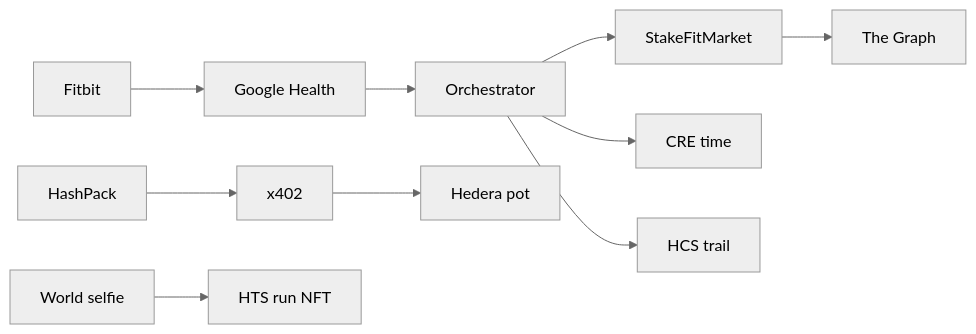
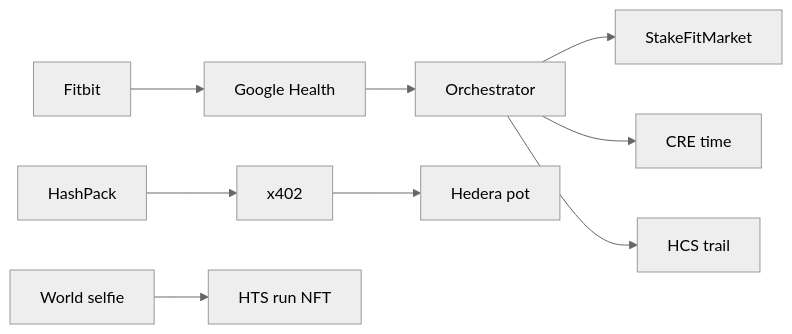
Before and after one commit to dhananjaypai08/StakeFit: the diagram in README.md, drawn with Mermaid (neutral theme). The commit also changed other lines of this file and 3 other files, not shown here.

````diff
--- a/README.md
+++ b/README.md
@@ -24,12 +24,11 @@
 ```mermaid
 flowchart LR
   Fitbit --> Health[Google Health]
   Health --> Orch[Orchestrator]
   HashPack --> Pay[x402]
   Pay --> Hedera[Hedera pot]
   Orch --> Sepolia[StakeFitMarket]
   Orch --> CRE[CRE time]
   Orch --> HCS[HCS trail]
   World[World selfie] --> HTS[HTS run NFT]
-  Sepolia --> Graph[The Graph]
 ```
````
